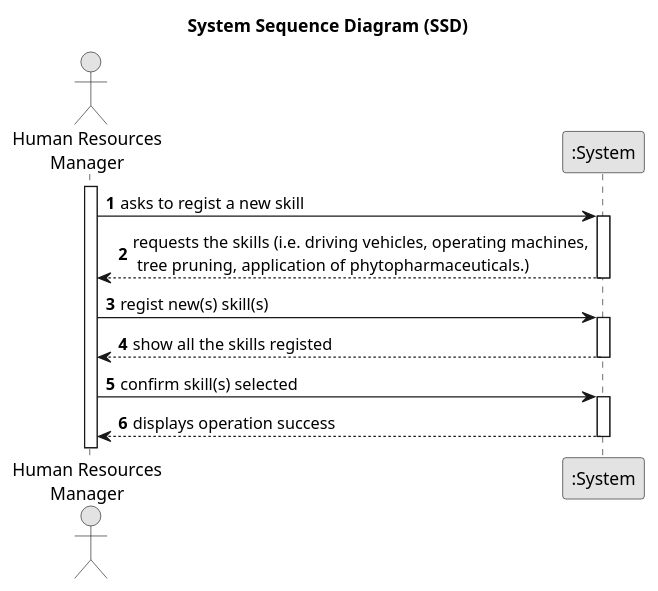
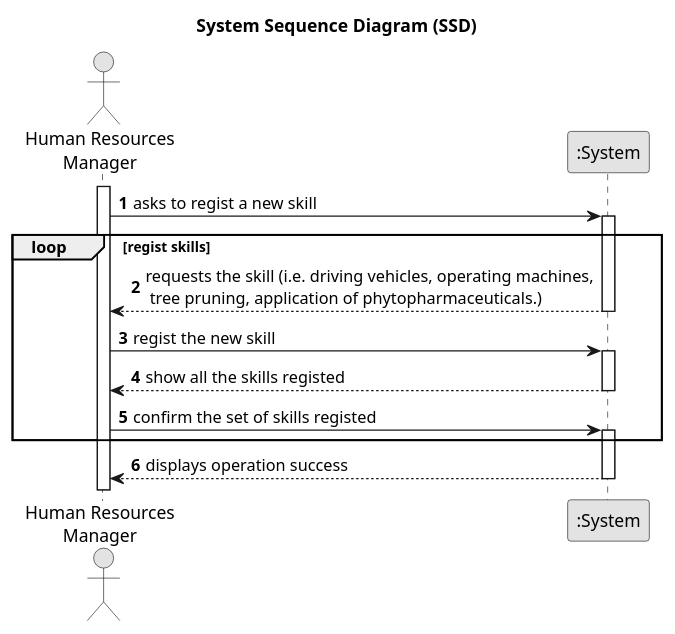
Before and after one commit to 1231360-ISEP/lei-24-s2-1db-g021: the diagram in docs/sprintA/us001/01.requirements-engineering/puml/us001-system-sequence-diagram-alternative-one.puml, drawn with PlantUML. The commit also changed 1 other file, not shown here.

Commit message:
Update the US01 and US05 SSD plant uml

```diff
--- a/docs/sprintA/us001/01.requirements-engineering/puml/us001-system-sequence-diagram-alternative-one.puml
+++ b/docs/sprintA/us001/01.requirements-engineering/puml/us001-system-sequence-diagram-alternative-one.puml
@@ -1,34 +1,38 @@
 @startuml
 skinparam monochrome true
 skinparam packageStyle rectangle
 skinparam shadowing false
 
 title System Sequence Diagram (SSD)
 
 autonumber
 
 actor "Human Resources\nManager" as HRM
 participant ":System" as System
 
 activate HRM
 
     HRM -> System : asks to regist a new skill
     activate System
 
-        System --> HRM : requests the skills (i.e. driving vehicles, operating machines,\n tree pruning, application of phytopharmaceuticals.)
-    deactivate System
 
-    HRM -> System : regist new(s) skill(s)
-    activate System
+    loop regist skills
+            System --> HRM : requests the skill (i.e. driving vehicles, operating machines,\n tree pruning, application of phytopharmaceuticals.)
+        deactivate System
 
-        System --> HRM : show all the skills registed
-    deactivate System
+        HRM -> System : regist the new skill
+        activate System
 
-    HRM -> System : confirm skill(s) selected
-    activate System
+            System --> HRM : show all the skills registed
+        deactivate System
+
+        HRM -> System : confirm the set of skills registed
+        activate System
+
+    end
 
         System --> HRM : displays operation success
     deactivate System
 
 
 @enduml
```
